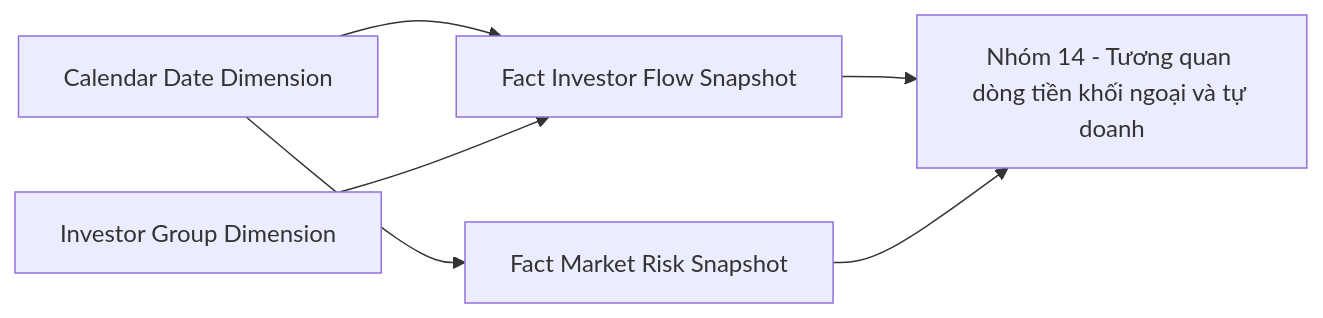
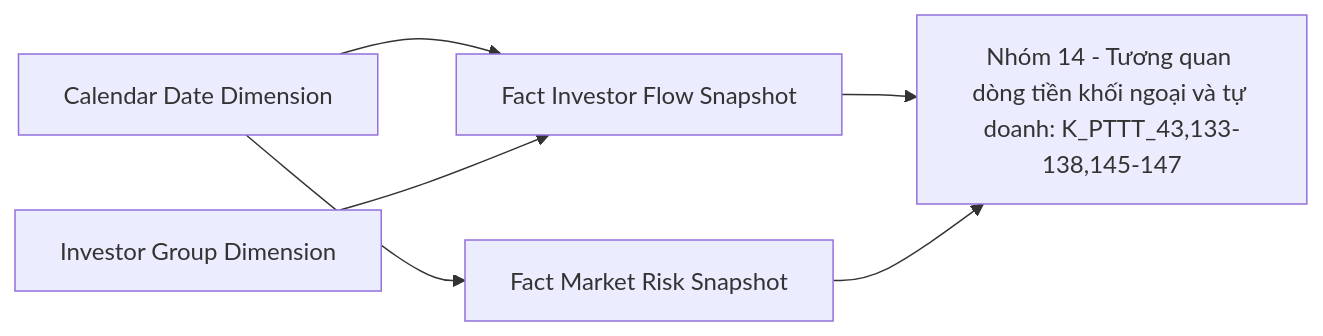
Diagram 34 of 53 in Datamart/hld/DTM_PTTT_HLD.md (linhlvit/ubck_atomic_design), drawn with Mermaid before and after one commit. The commit also changed other lines of this file and 21 other files, not shown here.

````diff
--- a/Datamart/hld/DTM_PTTT_HLD.md
+++ b/Datamart/hld/DTM_PTTT_HLD.md
@@ -1751,13 +1751,13 @@
 ```mermaid
 flowchart LR
     fct_investor_flow_snpst["Fact Investor Flow Snapshot"]
     fct_market_risk_snpst["Fact Market Risk Snapshot"]
     cdr_dt_dim["Calendar Date Dimension"]
     investor_group_dim["Investor Group Dimension"]
-    rpt_nhom14["Nhóm 14 - Tương quan dòng tiền khối ngoại và tự doanh"]
+    rpt_nhom14["Nhóm 14 - Tương quan dòng tiền khối ngoại và tự doanh: K_PTTT_43,133-138,145-147"]
     cdr_dt_dim --> fct_investor_flow_snpst
     cdr_dt_dim --> fct_market_risk_snpst
     investor_group_dim --> fct_investor_flow_snpst
     fct_investor_flow_snpst --> rpt_nhom14
     fct_market_risk_snpst --> rpt_nhom14
 ```
````
